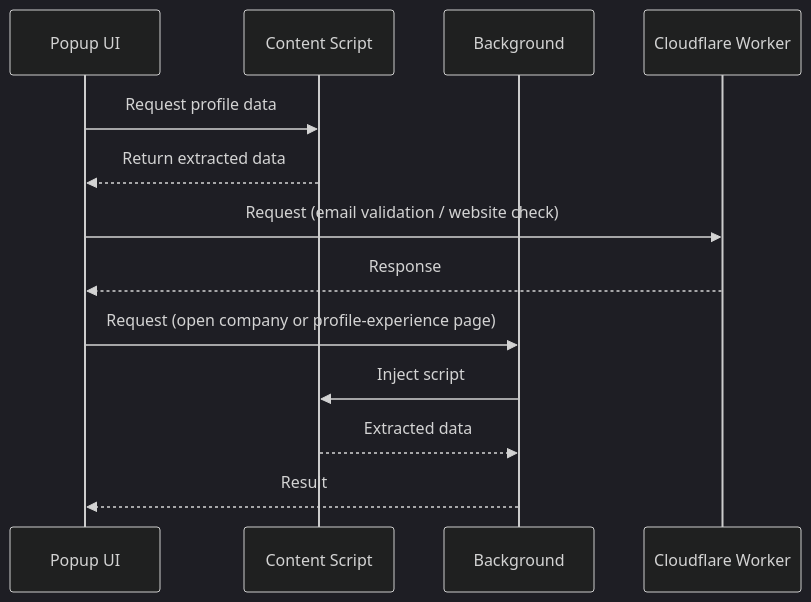
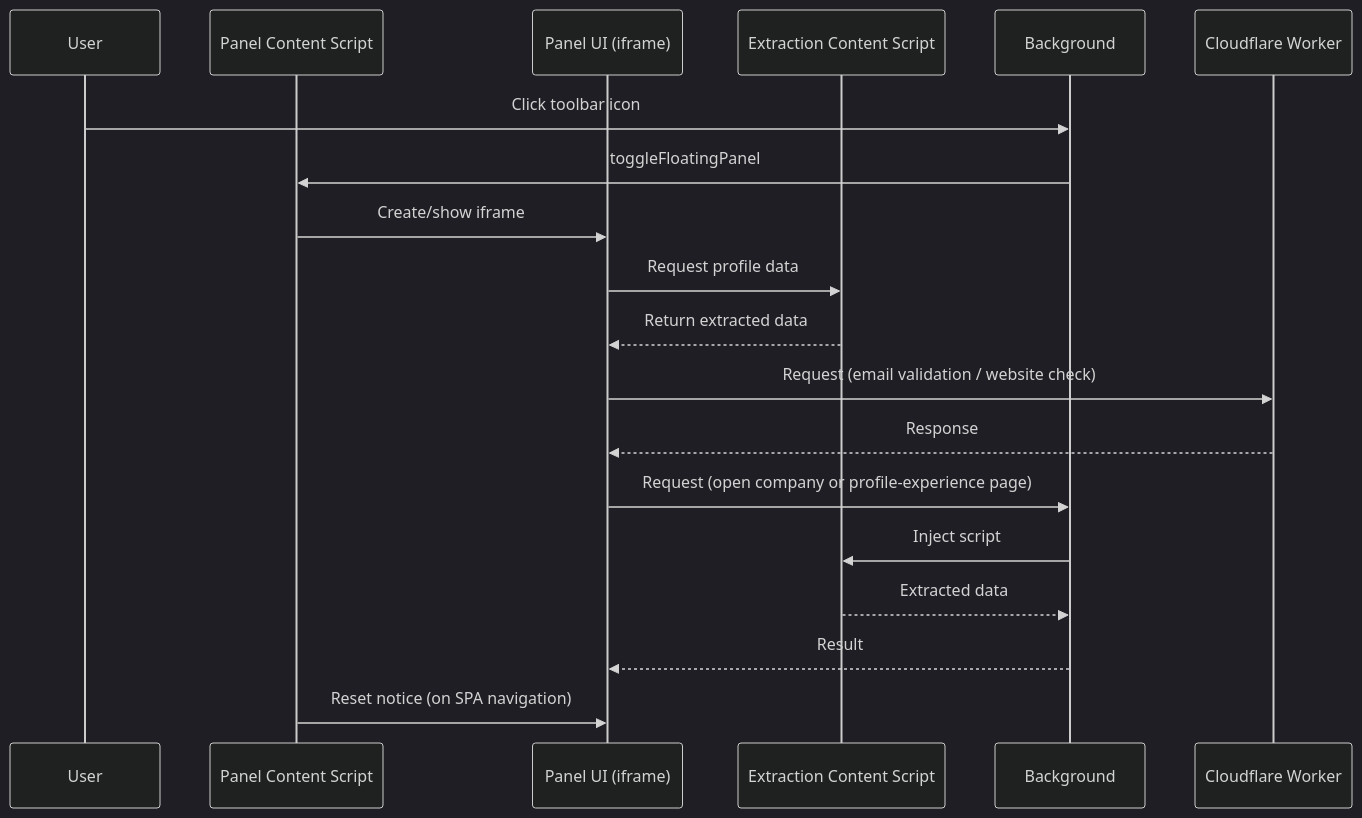
Before and after one commit to VitaliiMysko/LeadGenerator: the fifth of 5 diagrams in docs/architecture.md, drawn with Mermaid (dark theme). The commit also changed other lines of this file and 3 other files, not shown here.

First line of the commit message:
LG-223: Update documentation for the floating panel architecture

````diff
--- a/docs/architecture.md
+++ b/docs/architecture.md
@@ -163,16 +170,22 @@
 ```mermaid
 sequenceDiagram
-    participant UI as Popup UI
-    participant CS as Content Script
+    participant User
+    participant PanelCS as Panel Content Script
+    participant UI as Panel UI (iframe)
+    participant CS as Extraction Content Script
     participant BG as Background
     participant API as Cloudflare Worker
 
+    User->>BG: Click toolbar icon
+    BG->>PanelCS: toggleFloatingPanel
+    PanelCS->>UI: Create/show iframe
     UI->>CS: Request profile data
     CS-->>UI: Return extracted data
     UI->>API: Request (email validation / website check)
     API-->>UI: Response
     UI->>BG: Request (open company or profile-experience page)
     BG->>CS: Inject script
     CS-->>BG: Extracted data
     BG-->>UI: Result
+    PanelCS->>UI: Reset notice (on SPA navigation)
 ```
````
